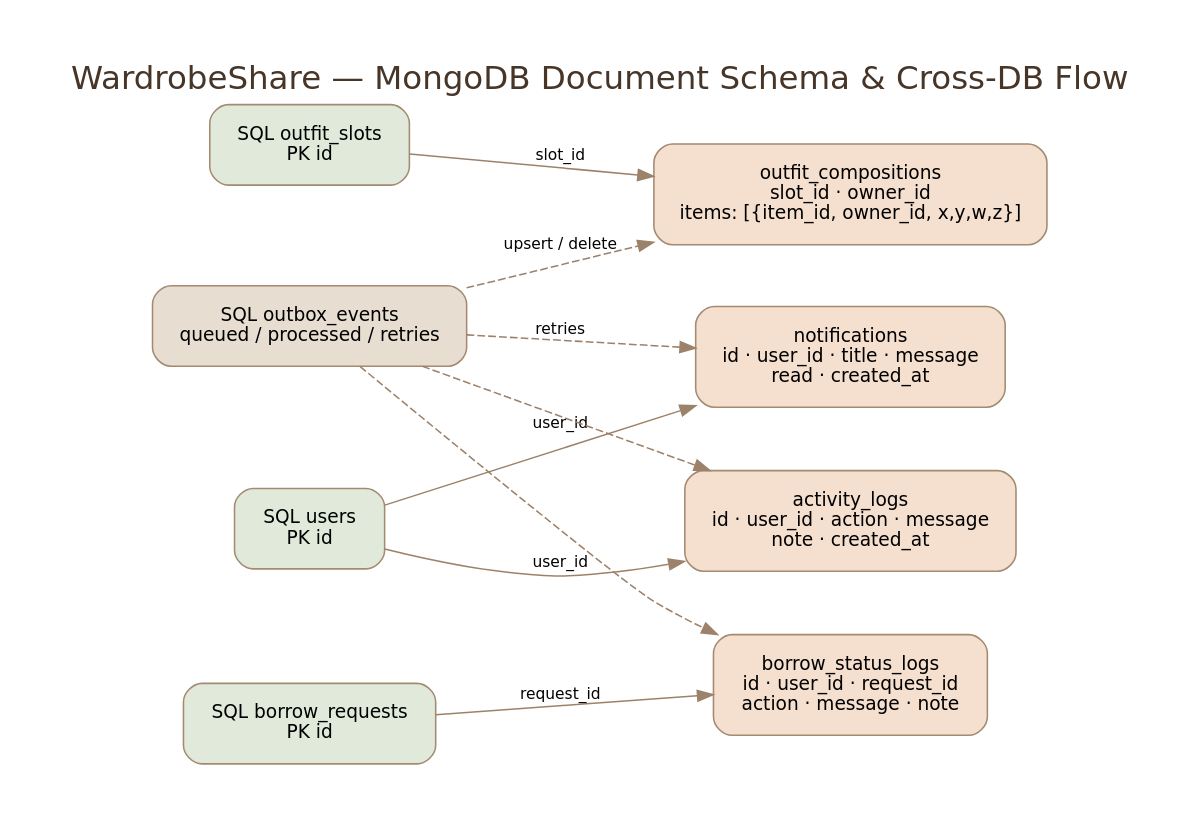
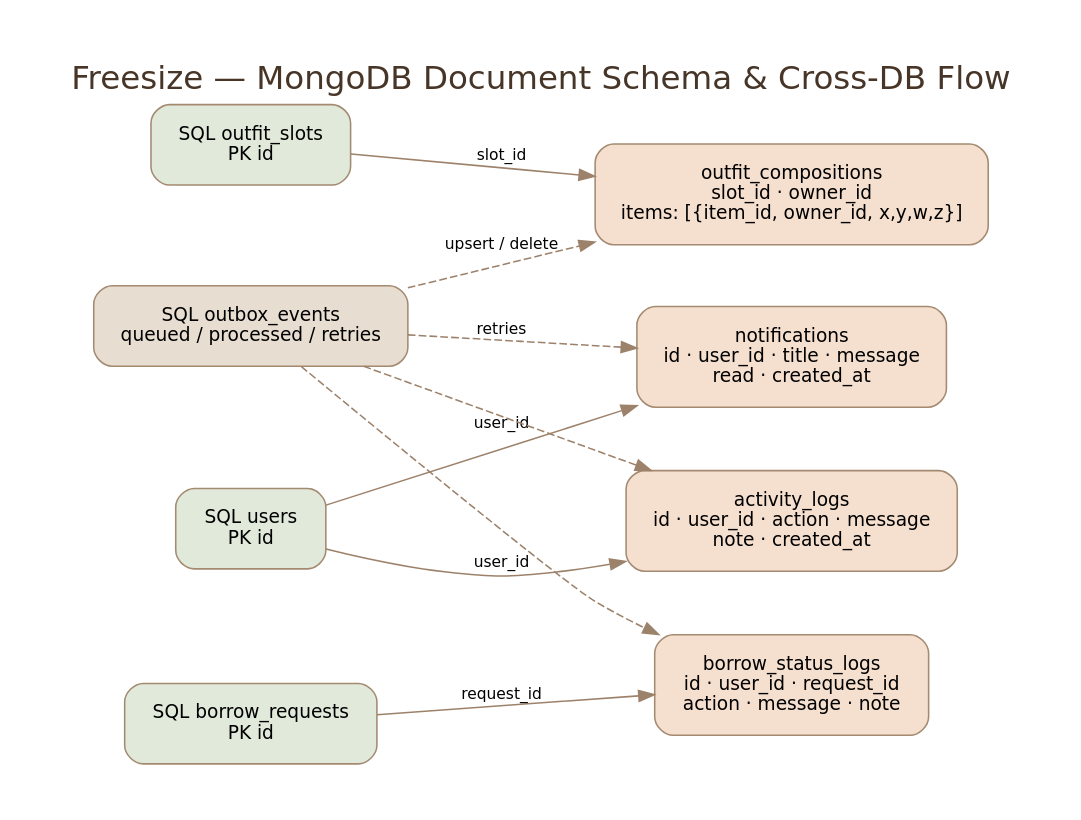
Before and after one commit to ratamon2606-create/freesize: the diagram in docs/diagrams/nosql_schema.dot, drawn with Graphviz. The commit also changed 8 other files, not shown here.

Commit message:
docs: rename diagrams from WardrobeShare to Freesize

```diff
--- a/docs/diagrams/nosql_schema.dot
+++ b/docs/diagrams/nosql_schema.dot
@@ -1,21 +1,21 @@
 digraph NoSQL {
- graph [rankdir=LR, bgcolor="white", pad="0.4", nodesep="0.55", ranksep="0.7", label="WardrobeShare — MongoDB Document Schema & Cross-DB Flow", labelloc=t, fontsize=21, fontname="DejaVu Sans", fontcolor="#473528"];
+ graph [rankdir=LR, bgcolor="white", pad="0.4", nodesep="0.55", ranksep="0.7", label="Freesize — MongoDB Document Schema & Cross-DB Flow", labelloc=t, fontsize=21, fontname="DejaVu Sans", fontcolor="#473528"];
  node [shape=box, style="rounded,filled", fillcolor="#FCF7EF", color="#A38A71", fontname="DejaVu Sans", fontsize=12, margin="0.25,0.18"];
  edge [color="#9D826B",fontsize=10,fontname="DejaVu Sans"];
  slot [label="SQL outfit_slots\nPK id", fillcolor="#E0E9DA"];
  user [label="SQL users\nPK id",fillcolor="#E0E9DA"];
  borrow [label="SQL borrow_requests\nPK id",fillcolor="#E0E9DA"];
  outbox [label="SQL outbox_events\nqueued / processed / retries",fillcolor="#E8DDD1"];
  outfits [label="outfit_compositions\nslot_id · owner_id\nitems: [{item_id, owner_id, x,y,w,z}]",fillcolor="#F5DFCE"];
  notify [label="notifications\nid · user_id · title · message\nread · created_at",fillcolor="#F5DFCE"];
  activity [label="activity_logs\nid · user_id · action · message\nnote · created_at",fillcolor="#F5DFCE"];
  log [label="borrow_status_logs\nid · user_id · request_id\naction · message · note",fillcolor="#F5DFCE"];
  slot -> outfits [label="slot_id"];
  user -> notify [label="user_id"];
  user -> activity [label="user_id"];
  borrow -> log [label="request_id"];
  outbox -> outfits [style=dashed,label="upsert / delete"];
  outbox -> notify [style=dashed,label="retries"];
  outbox -> activity [style=dashed];
  outbox -> log [style=dashed];
 }
```
